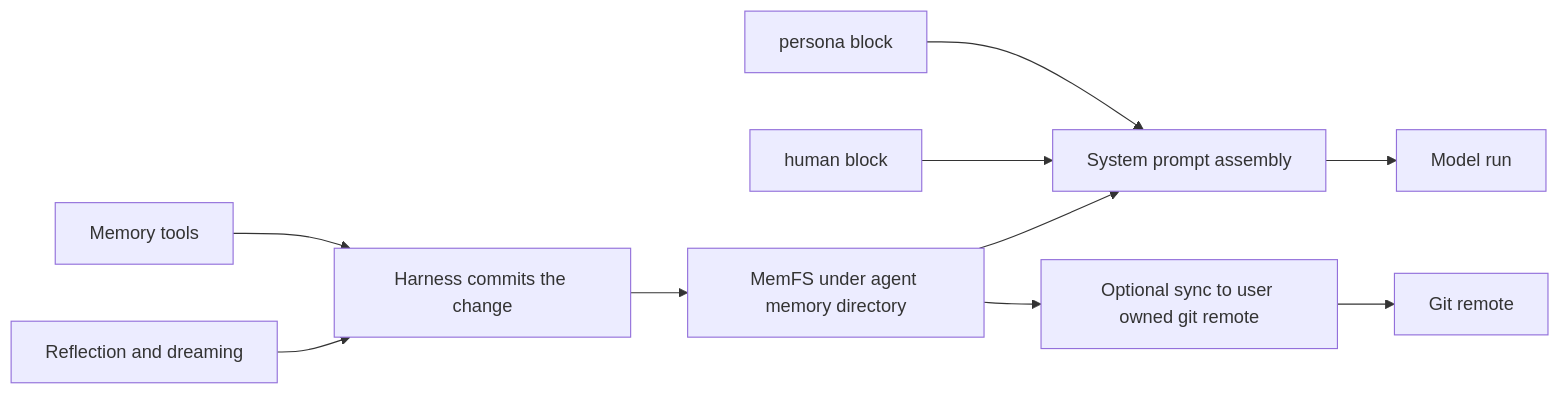
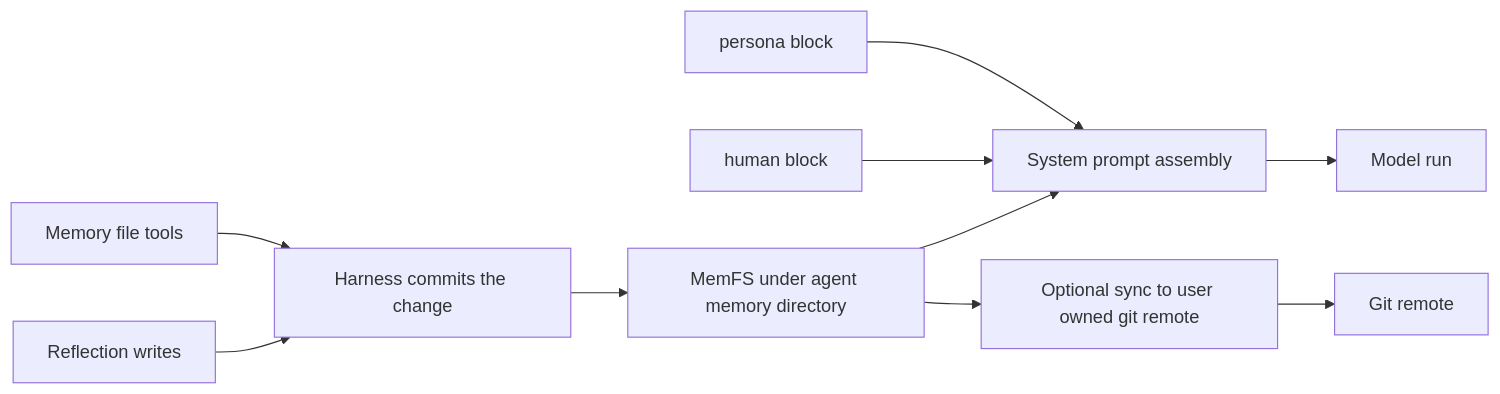
The diagram in content/en/docs/03-memory-blocks-and-the-memory-filesystem.md (joels-sandgarden/letta-docs), drawn with Mermaid before and after one commit. The commit also changed other lines of this file, not shown here.

Commit message:
Documentation Update: Refine memory model field guide wording

````diff
--- a/content/en/docs/03-memory-blocks-and-the-memory-filesystem.md
+++ b/content/en/docs/03-memory-blocks-and-the-memory-filesystem.md
@@ -41,12 +41,12 @@
 ```mermaid
 flowchart LR
   Persona[persona block] --> Prompt[System prompt assembly]
   Human[human block] --> Prompt
   MemFS[MemFS under agent memory directory] --> Prompt
-  Tool[Memory tools] --> Commit[Harness commits the change]
-  Reflection[Reflection and dreaming] --> Commit
+  Tool[Memory file tools] --> Commit[Harness commits the change]
+  Reflection[Reflection writes] --> Commit
   Commit --> MemFS
   Prompt --> Run[Model run]
   MemFS --> Sync[Optional sync to user owned git remote]
   Sync --> Remote[Git remote]
 ```
````
